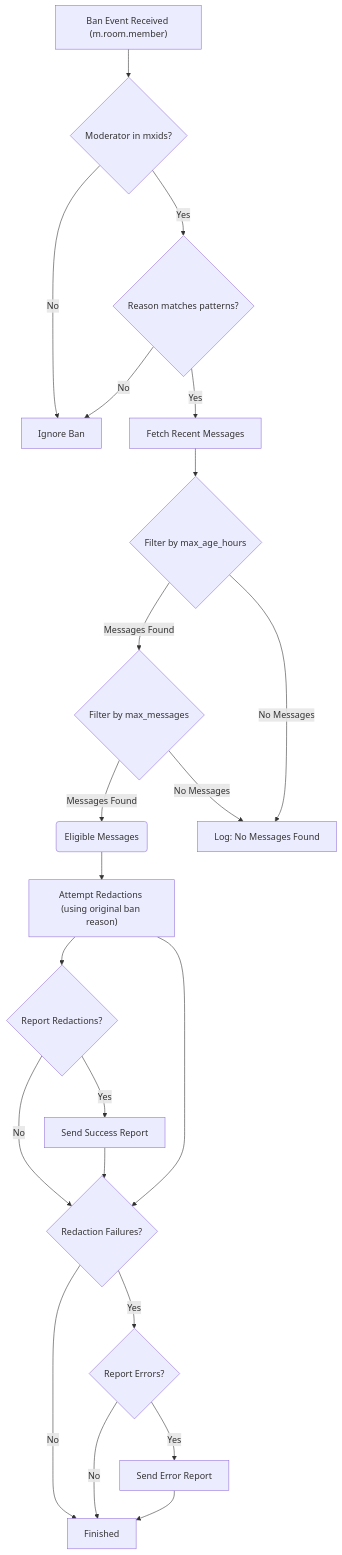
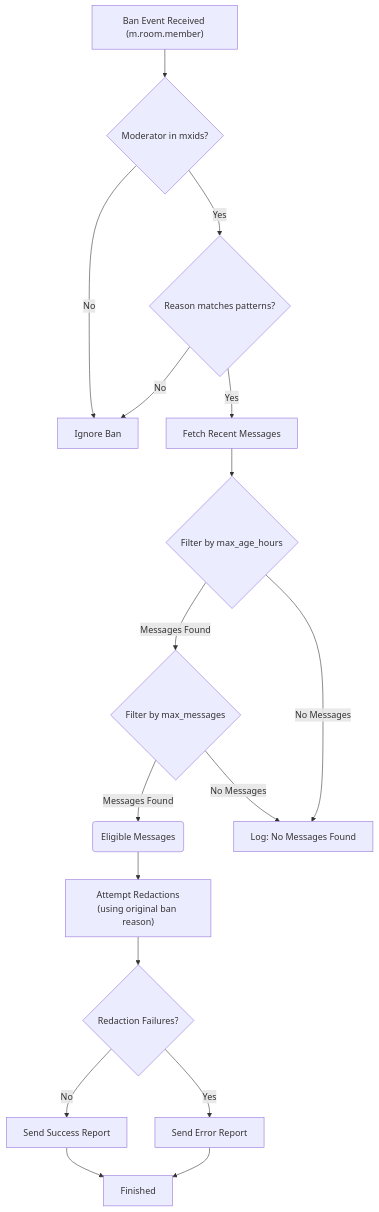
Before and after one commit to tcpipuk/maubot-redactor: the diagram in README.md, drawn with Mermaid. The commit also changed 4 other files, not shown here.

````diff
--- a/README.md
+++ b/README.md
@@ -97,29 +97,22 @@
 ```mermaid
 graph TD
     A["Ban Event Received (m.room.member)"] --> CheckModerator{Moderator in mxids?};
 
     CheckModerator -- Yes --> CheckReason{Reason matches patterns?};
     CheckModerator -- No --> Z[Ignore Ban];
     CheckReason -- Yes --> FetchMessages["Fetch Recent Messages"];
     CheckReason -- No --> Z;
 
     FetchMessages --> FilterAge{Filter by max_age_hours};
     FilterAge -- Messages Found --> FilterCount{Filter by max_messages};
     FilterCount -- Messages Found --> ProcessedMessages(Eligible Messages);
-    ProcessedMessages --> AttemptRedactions["Attempt Redactions (using original ban reason)"];
+    ProcessedMessages --> AttemptRedactions["Attempt Redactions\n(using original ban reason)"];
     FilterCount -- No Messages --> Y;
     FilterAge -- No Messages --> Y[Log: No Messages Found];
 
-    AttemptRedactions --> ReportRedactions{Report Redactions?};
-    ReportRedactions -- Yes --> SendSuccess[Send Success Report];
-    ReportRedactions -- No --> CheckFailures;
-    SendSuccess --> CheckFailures;
-
     AttemptRedactions --> CheckFailures{Redaction Failures?};
-    CheckFailures -- Yes --> ReportErrors{Report Errors?};
-    CheckFailures -- No --> J[Finished];
-
-    ReportErrors -- Yes --> SendError[Send Error Report];
-    ReportErrors -- No --> J;
+    CheckFailures -- Yes --> SendError[Send Error Report];
+    CheckFailures -- No --> SendSuccess[Send Success Report];
+    SendSuccess --> J[Finished];
     SendError --> J;
 ```
````
